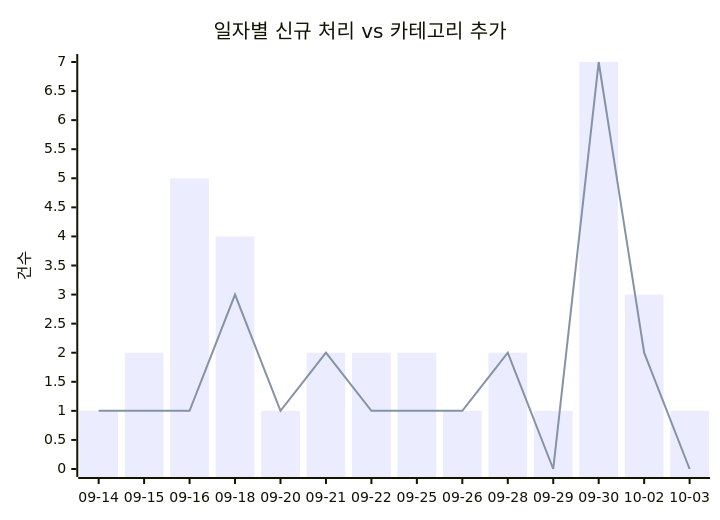
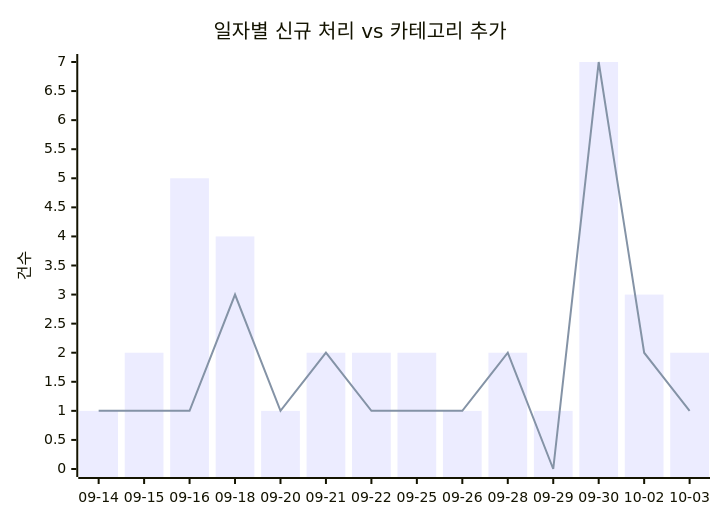
Before and after one commit to J-nowcow/awesome-korean-agent-skills: the first of 2 diagrams in docs/trends.md, drawn with Mermaid. The commit also changed other lines of this file and 3 other files, not shown here.

````diff
--- a/docs/trends.md
+++ b/docs/trends.md
@@ -32,8 +32,8 @@
 ```mermaid
 xychart-beta
     title "일자별 신규 처리 vs 카테고리 추가"
     x-axis ["09-14","09-15","09-16","09-18","09-20","09-21","09-22","09-25","09-26","09-28","09-29","09-30","10-02","10-03"]
     y-axis "건수"
-    bar [1,2,5,4,1,2,2,2,1,2,1,7,3,1]
-    line [1,1,1,3,1,2,1,1,1,2,0,7,2,0]
+    bar [1,2,5,4,1,2,2,2,1,2,1,7,3,2]
+    line [1,1,1,3,1,2,1,1,1,2,0,7,2,1]
 ```
````
